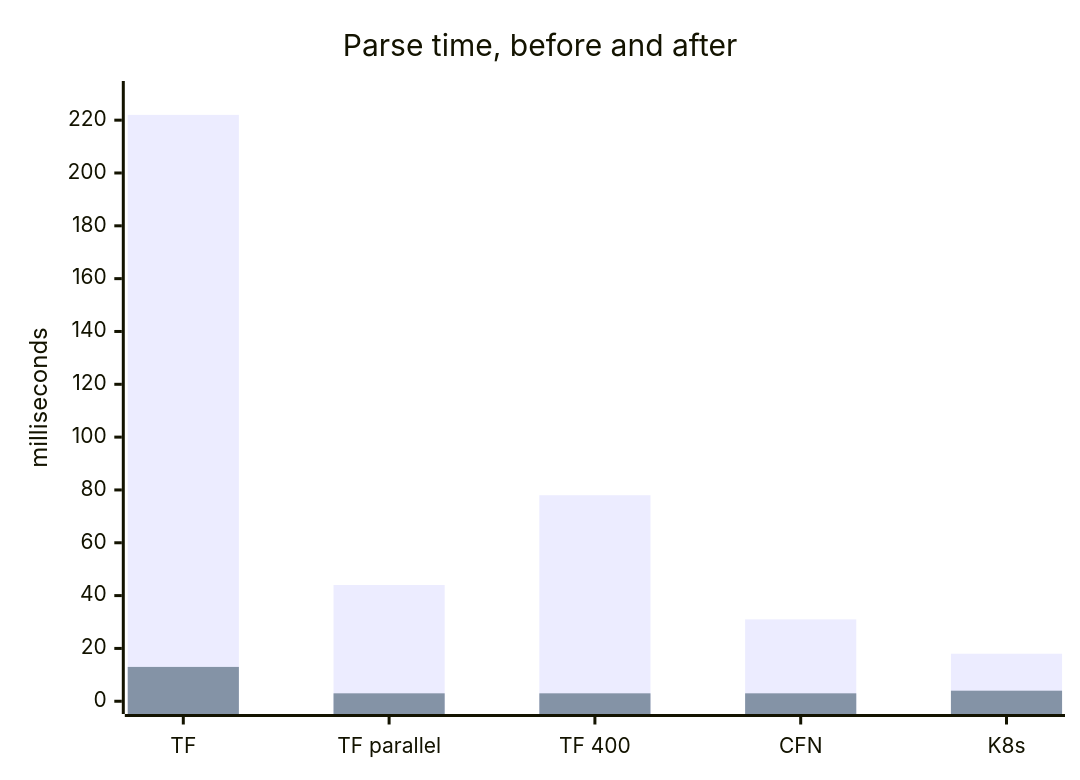
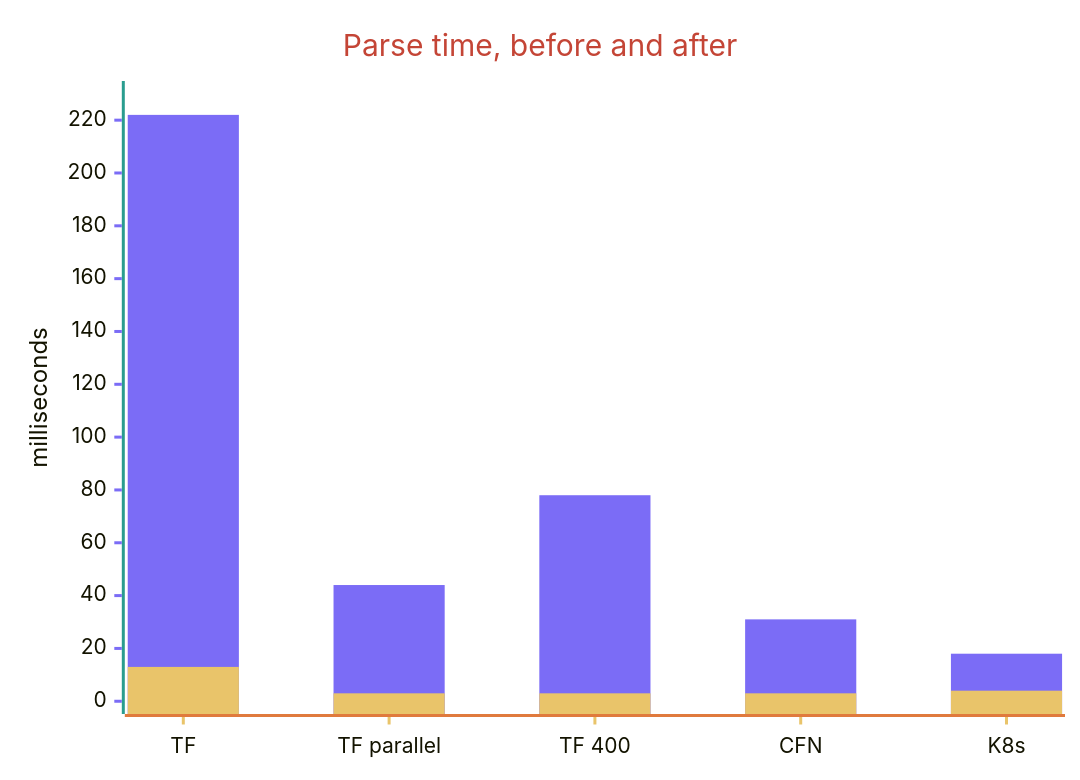
One commit to jose-compu/rustmaninoff changed the third of 3 diagrams in README.md. Above: the diagram before and after it, drawn with Mermaid. The commit also changed other lines of this file and 1 other file, not shown here.

````diff
--- a/README.md
+++ b/README.md
@@ -123,8 +132,9 @@
 ```mermaid
+%%{init: {"themeVariables": {"xyChart": {"plotColorPalette": "#7B6CF6, #E9C46A", "titleColor": "#C44536", "xAxisLineColor": "#E07A3D", "yAxisLineColor": "#2A9D8F", "xAxisTickColor": "#E9C46A", "yAxisTickColor": "#7B6CF6"}}}}%%
 xychart-beta
     title "Parse time, before and after"
     x-axis ["TF", "TF parallel", "TF 400", "CFN", "K8s"]
     y-axis "milliseconds" 0 --> 230
-    bar [222, 44, 78, 31, 18]
-    bar [13, 3, 3, 3, 4]
+    bar "Before" [222, 44, 78, 31, 18]
+    bar "After" [13, 3, 3, 3, 4]
 ```
````
